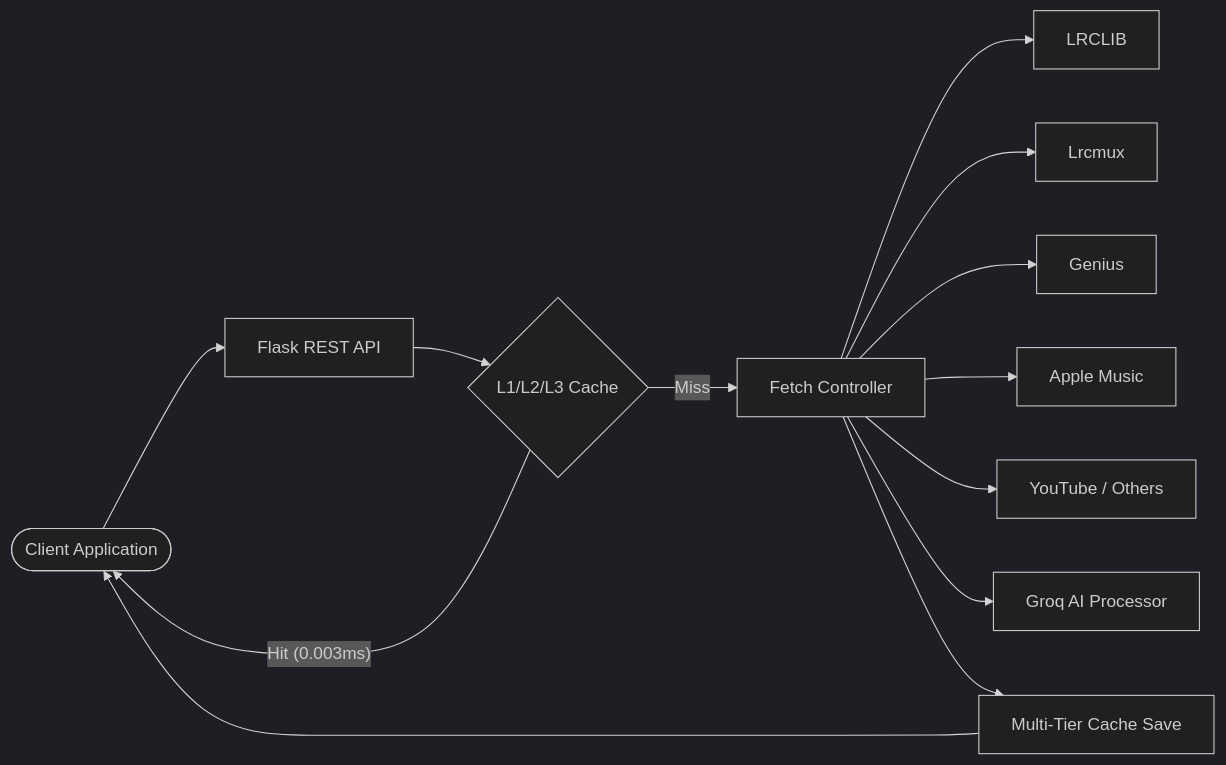
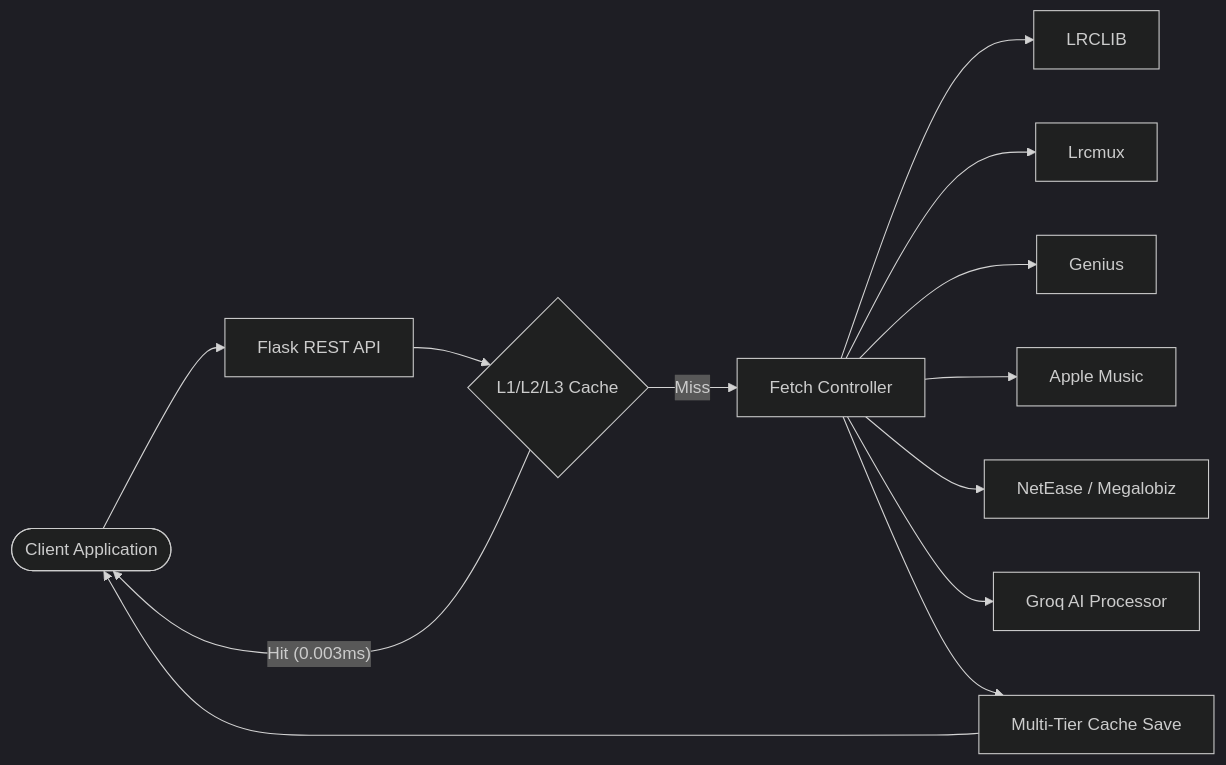
The diagram in README.md (Wilooper/Lyrica), drawn with Mermaid (dark theme) before and after one commit. The commit also changed other lines of this file and 44 other files, not shown here.

````diff
--- a/README.md
+++ b/README.md
@@ -158,15 +194,15 @@
 ```mermaid
 graph LR
     Client([Client Application]) --> Router[Flask REST API]
     Router --> Cache{L1/L2/L3 Cache}
     Cache -- Hit (0.003ms) --> Client
     Cache -- Miss --> Controller[Fetch Controller]
     Controller --> P1[LRCLIB]
     Controller --> P2[Lrcmux]
     Controller --> P3[Genius]
     Controller --> P4[Apple Music]
-    Controller --> P5[YouTube / Others]
+    Controller --> P5[NetEase / Megalobiz]
     Controller --> LLM[Groq AI Processor]
     Controller --> SaveCache[Multi-Tier Cache Save]
     SaveCache --> Client
 ```
````
